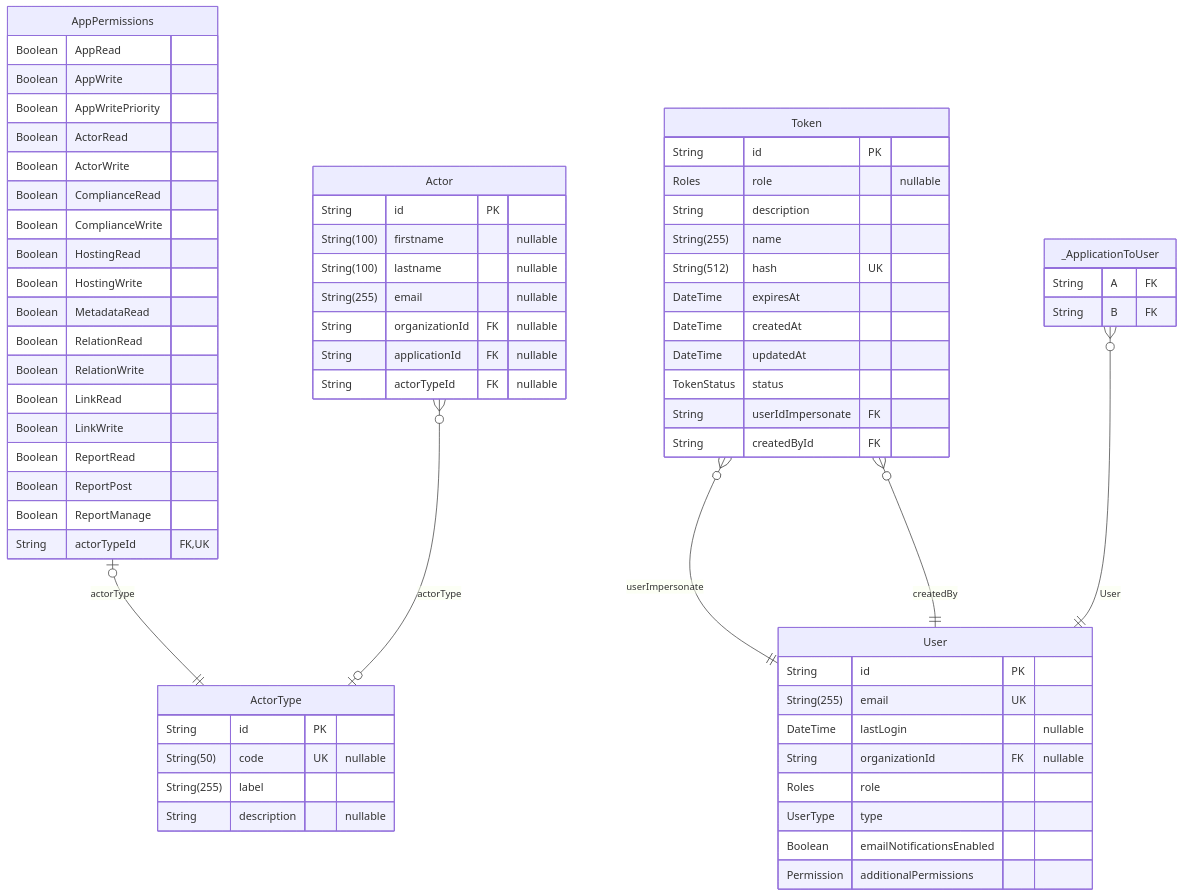
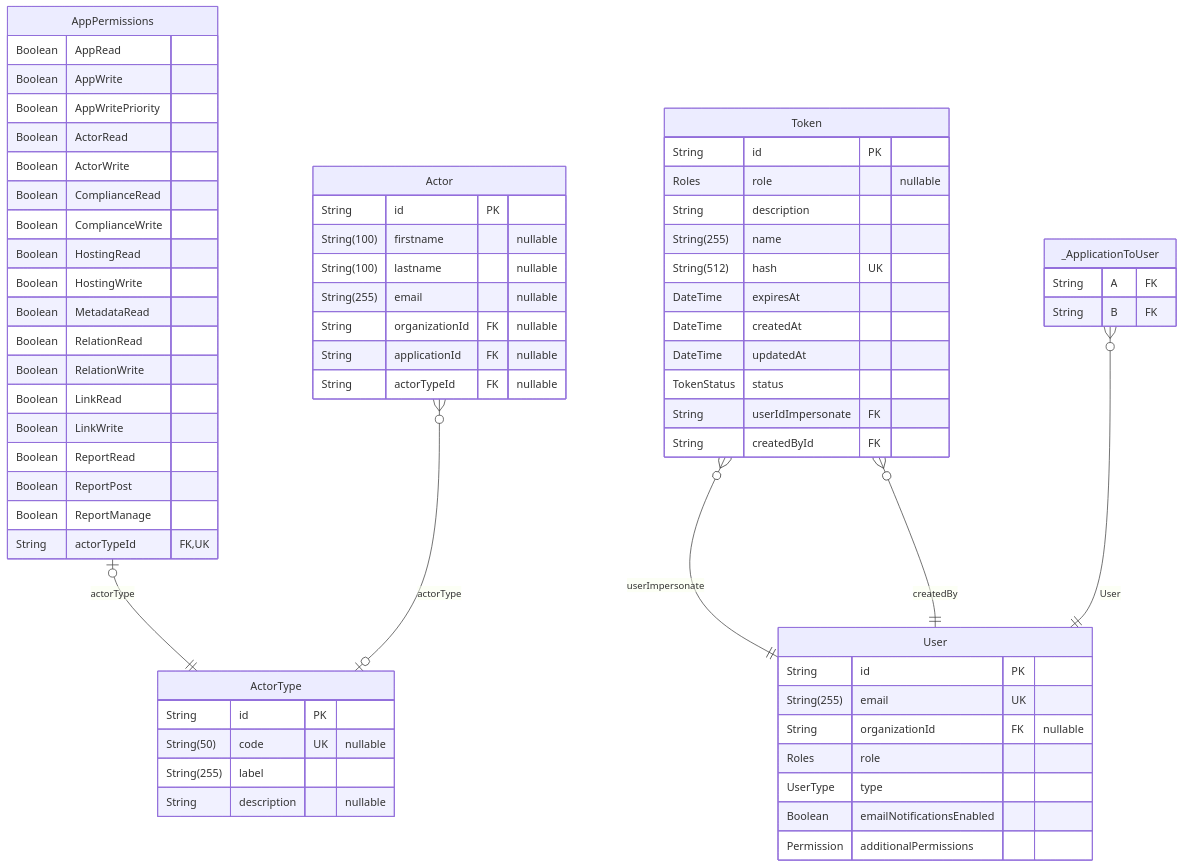
One commit to dnum-mi/referentiel-applications changed the tenth of 13 diagrams in backend/prisma/docs/schema.md. Above: the diagram before and after it, drawn with Mermaid. The commit also changed other lines of this file and 16 other files, not shown here.

````diff
--- a/backend/prisma/docs/schema.md
+++ b/backend/prisma/docs/schema.md
@@ -545,70 +546,69 @@
 ```mermaid
 erDiagram
 "AppPermissions" {
   Boolean AppRead
   Boolean AppWrite
   Boolean AppWritePriority
   Boolean ActorRead
   Boolean ActorWrite
   Boolean ComplianceRead
   Boolean ComplianceWrite
   Boolean HostingRead
   Boolean HostingWrite
   Boolean MetadataRead
   Boolean RelationRead
   Boolean RelationWrite
   Boolean LinkRead
   Boolean LinkWrite
   Boolean ReportRead
   Boolean ReportPost
   Boolean ReportManage
   String actorTypeId FK,UK
 }
 "Token" {
   String id PK
   Roles role "nullable"
   String description
   String(255) name
   String(512) hash UK
   DateTime expiresAt
   DateTime createdAt
   DateTime updatedAt
   TokenStatus status
   String userIdImpersonate FK
   String createdById FK
 }
 "User" {
   String id PK
   String(255) email UK
-  DateTime lastLogin "nullable"
   String organizationId FK "nullable"
   Roles role
   UserType type
   Boolean emailNotificationsEnabled
   Permission additionalPermissions
 }
 "Actor" {
   String id PK
   String(100) firstname "nullable"
   String(100) lastname "nullable"
   String(255) email "nullable"
   String organizationId FK "nullable"
   String applicationId FK "nullable"
   String actorTypeId FK "nullable"
 }
 "ActorType" {
   String id PK
   String(50) code UK "nullable"
   String(255) label
   String description "nullable"
 }
 "_ApplicationToUser" {
   String A FK
   String B FK
 }
 "AppPermissions" |o--|| "ActorType" : actorType
 "Token" }o--|| "User" : userImpersonate
 "Token" }o--|| "User" : createdBy
 "Actor" }o--o| "ActorType" : actorType
 "_ApplicationToUser" }o--|| "User" : User
 ```
````
